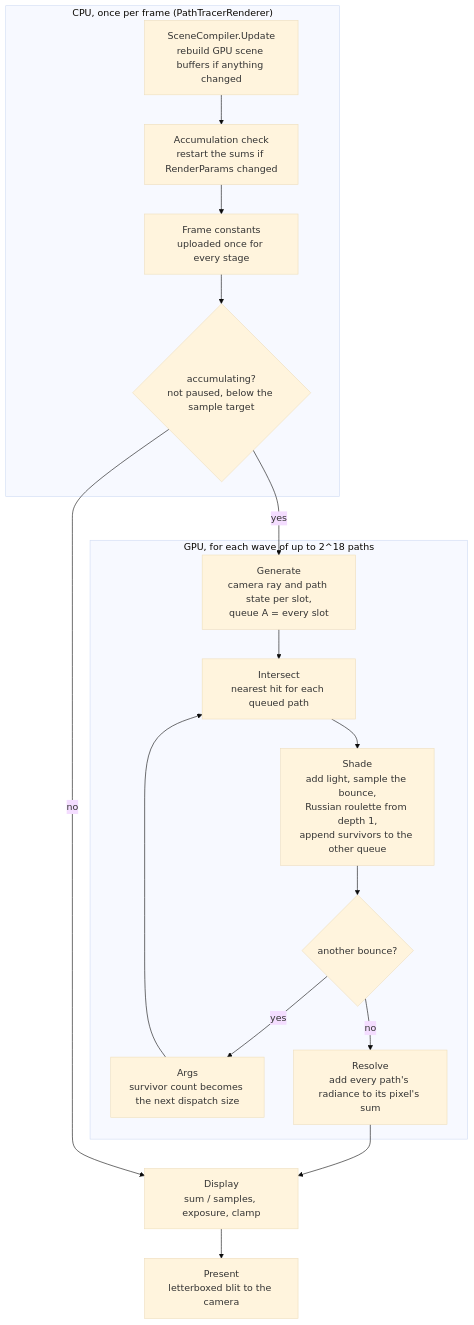
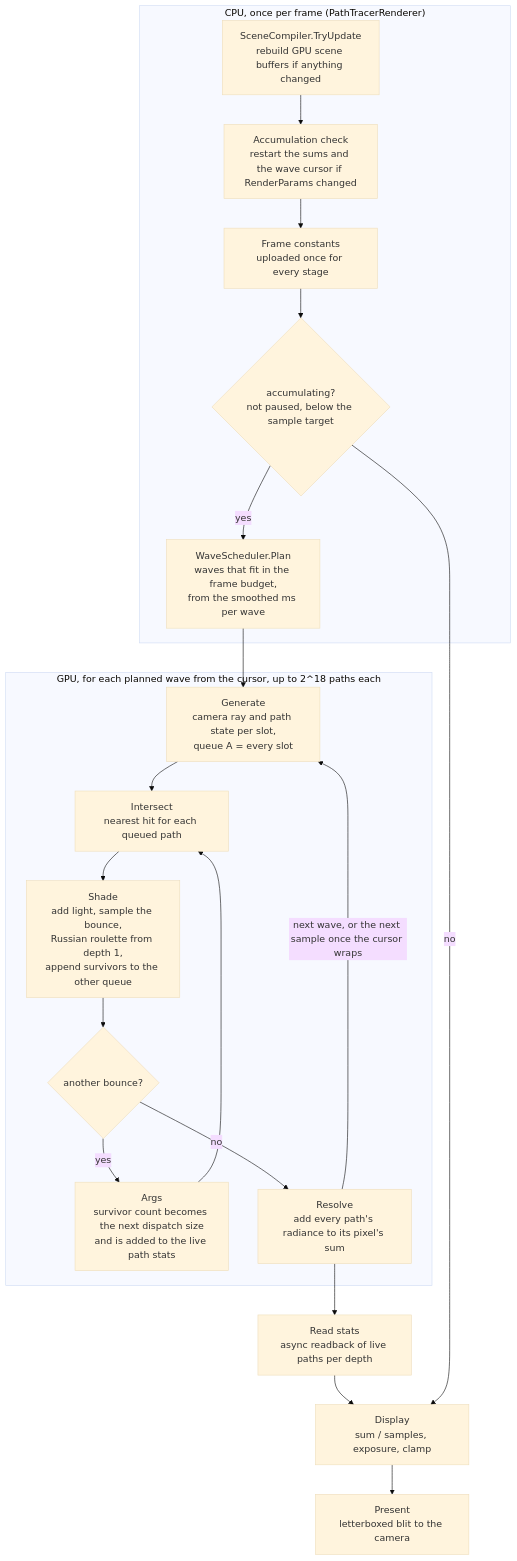
Before and after one commit to Privnoval016/SpectralPathTracer: the diagram in Assets/SpectralPathTracer/Runtime/Rendering/README.md, drawn with Mermaid (base theme). The commit also changed other lines of this file and 2 other files, not shown here.

Commit message:
docs: add the cp-21 devlog and the budget and stats to the pipeline diagram

````diff
--- a/Assets/SpectralPathTracer/Runtime/Rendering/README.md
+++ b/Assets/SpectralPathTracer/Runtime/Rendering/README.md
@@ -7,27 +7,31 @@
 ```mermaid
 flowchart TD
     subgraph CPU["CPU, once per frame (PathTracerRenderer)"]
-        scene["SceneCompiler.Update<br/>rebuild GPU scene buffers if anything changed"]
-        reset["Accumulation check<br/>restart the sums if RenderParams changed"]
+        scene["SceneCompiler.TryUpdate<br/>rebuild GPU scene buffers if anything changed"]
+        reset["Accumulation check<br/>restart the sums and the wave cursor if RenderParams changed"]
         constants["Frame constants<br/>uploaded once for every stage"]
         decide{"accumulating?<br/>not paused, below the sample target"}
+        plan["WaveScheduler.Plan<br/>waves that fit in the frame budget,<br/>from the smoothed ms per wave"]
         scene --> reset --> constants --> decide
+        decide -- yes --> plan
     end
 
-    subgraph WAVE["GPU, for each wave of up to 2^18 paths"]
+    subgraph WAVE["GPU, for each planned wave from the cursor, up to 2^18 paths each"]
         gen["Generate<br/>camera ray and path state per slot,<br/>queue A = every slot"]
         isect["Intersect<br/>nearest hit for each queued path"]
         shade["Shade<br/>add light, sample the bounce,<br/>Russian roulette from depth 1,<br/>append survivors to the other queue"]
         more{"another bounce?"}
-        args["Args<br/>survivor count becomes the next dispatch size"]
+        args["Args<br/>survivor count becomes the next dispatch size<br/>and is added to the live path stats"]
         resolve["Resolve<br/>add every path's radiance to its pixel's sum"]
         gen --> isect --> shade --> more
         more -- yes --> args --> isect
         more -- no --> resolve
     end
 
-    decide -- yes --> gen
-    resolve --> display
+    plan --> gen
+    resolve -- "next wave, or the next sample once the cursor wraps" --> gen
+    resolve --> readback["Read stats<br/>async readback of live paths per depth"]
+    readback --> display
     decide -- no --> display
     display["Display<br/>sum / samples, exposure, clamp"] --> present["Present<br/>letterboxed blit to the camera"]
 ```
````
